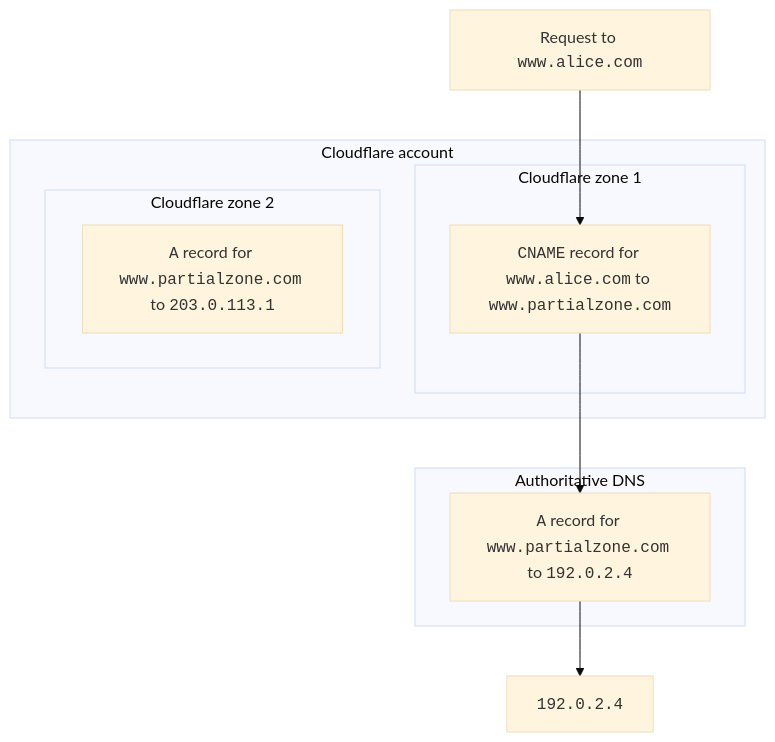
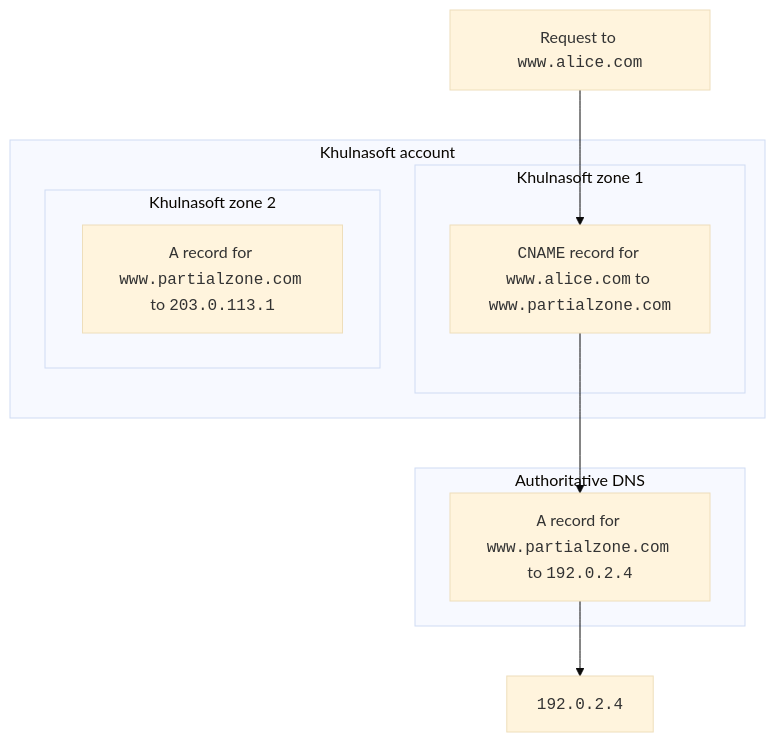
One commit to NxPKG/khulnasoft-docs changed the third of 3 diagrams in content/dns/zone-setups/partial-setup/dns-resolution.md. Above: the diagram before and after it, drawn with Mermaid (base theme). The commit also changed other lines of this file and 2914 other files, not shown here.

````diff
--- a/content/dns/zone-setups/partial-setup/dns-resolution.md
+++ b/content/dns/zone-setups/partial-setup/dns-resolution.md
@@ -66,18 +66,18 @@
 ```mermaid
     flowchart TD
       accTitle: DNS resolution flow with CNAME target in a zone within the same account
       A[Request to <code>www.alice.com</code>] --> B[<code>CNAME</code> record for <code>www.alice.com</code> to <code>www.partialzone.com</code>]
       B --> C[<code>A</code> record for <code>www.partialzone.com</code> to <code>192.0.2.4</code>]
       C --> D[<code>192.0.2.4</code>]
-      subgraph Cloudflare account
-        subgraph Cloudflare zone 1
+      subgraph Khulnasoft account
+        subgraph Khulnasoft zone 1
           B
         end
-        subgraph Cloudflare zone 2
+        subgraph Khulnasoft zone 2
         E[<code>A</code> record for <code>www.partialzone.com</code> to <code>203.0.113.1</code>]
         end
       end
       subgraph Authoritative DNS
       C
       end
 ```
````
